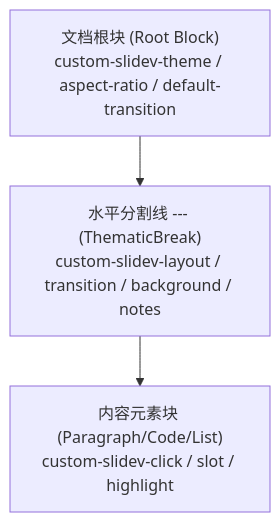
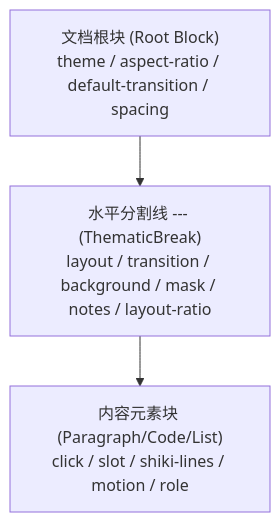
Before and after one commit to famotime/siyuan-live-slides: the diagram in docs/USER-GUIDE.zh-CN.md, drawn with Mermaid. The commit also changed other lines of this file and 10 other files, not shown here.

````diff
--- a/docs/USER-GUIDE.zh-CN.md
+++ b/docs/USER-GUIDE.zh-CN.md
@@ -11,5 +13,5 @@
 ```mermaid
 graph TD
-    Scope1["文档根块 (Root Block)<br>custom-slidev-theme / aspect-ratio / default-transition"] --> Scope2["水平分割线 --- (ThematicBreak)<br>custom-slidev-layout / transition / background / notes"]
-    Scope2 --> Scope3["内容元素块 (Paragraph/Code/List)<br>custom-slidev-click / slot / highlight"]
+    Scope1["文档根块 (Root Block)<br>theme / aspect-ratio / default-transition / spacing"] --> Scope2["水平分割线 --- (ThematicBreak)<br>layout / transition / background / mask / notes / layout-ratio"]
+    Scope2 --> Scope3["内容元素块 (Paragraph/Code/List)<br>click / slot / shiki-lines / motion / role"]
 ```
````
